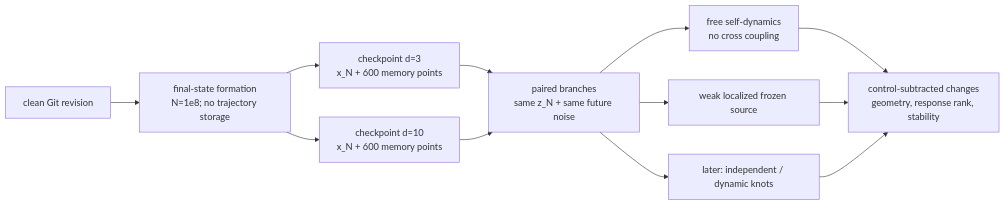
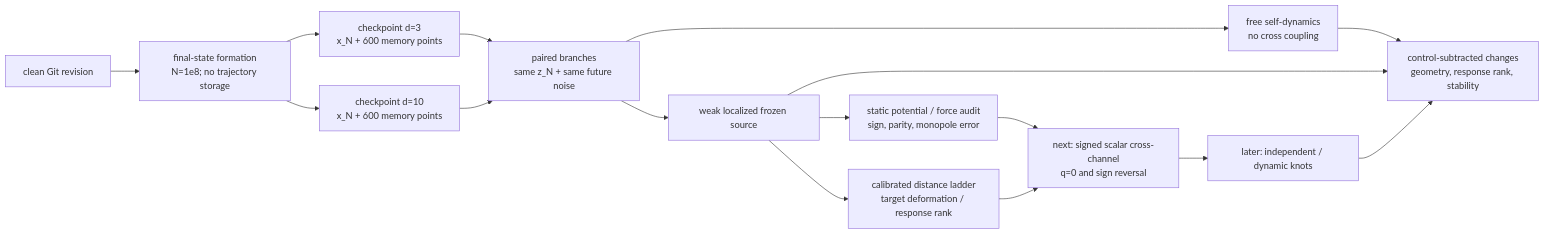
Before and after one commit to MemoryDynamics/Knoten: the fifth of 5 diagrams in docs/reference/repository_map.md, drawn with Mermaid. The commit also changed other lines of this file and 17 other files, not shown here.

````diff
--- a/docs/reference/repository_map.md
+++ b/docs/reference/repository_map.md
@@ -136,14 +136,18 @@
 ```mermaid
 flowchart LR
     clean["clean Git revision"] --> formation["final-state formation<br/>N=1e8; no trajectory storage"]
     formation --> z3["checkpoint d=3<br/>x_N + 600 memory points"]
     formation --> z10["checkpoint d=10<br/>x_N + 600 memory points"]
     z3 --> paired["paired branches<br/>same z_N + same future noise"]
     z10 --> paired
     paired --> free["free self-dynamics<br/>no cross coupling"]
     paired --> probe["weak localized frozen source"]
-    paired --> multi["later: independent / dynamic knots"]
+    probe --> fieldaudit["static potential / force audit<br/>sign, parity, monopole error"]
+    probe --> ladder["calibrated distance ladder<br/>target deformation / response rank"]
+    fieldaudit --> channel["next: signed scalar cross-channel<br/>q=0 and sign reversal"]
+    ladder --> channel
+    channel --> multi["later: independent / dynamic knots"]
     free --> delta["control-subtracted changes<br/>geometry, response rank, stability"]
     probe --> delta
     multi --> delta
 ```
````
